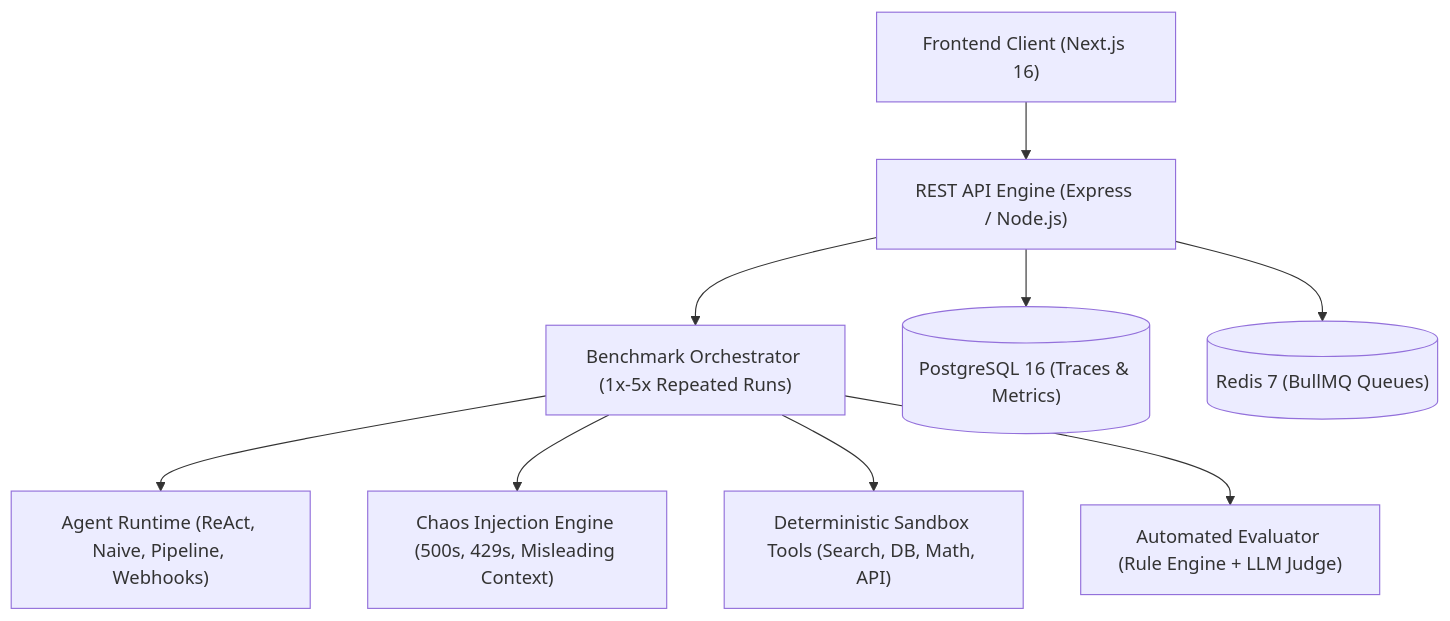
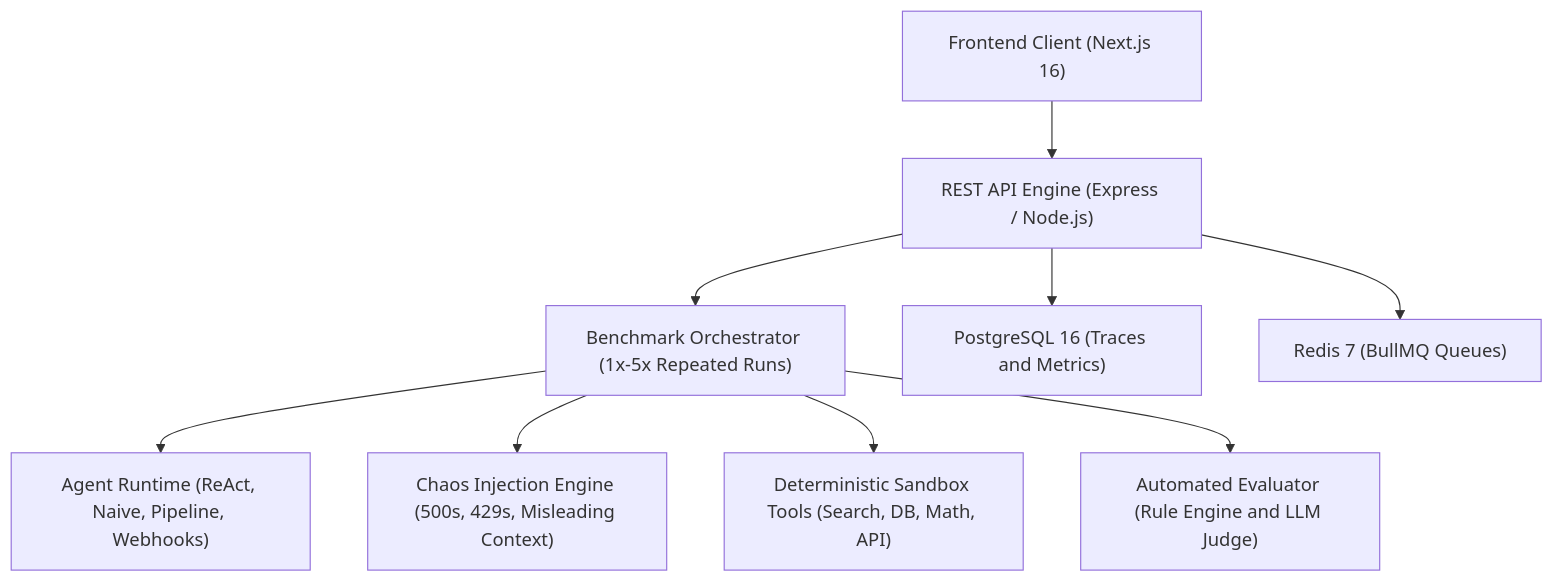
Before and after one commit to Ankit-cs/melq: the diagram in README.md, drawn with Mermaid. The commit also changed 8 other files, not shown here.

Commit message:
feat: complete multi-device responsiveness, animations, and fix README architecture diagram

````diff
--- a/README.md
+++ b/README.md
@@ -72,12 +72,12 @@
 ```mermaid
 graph TD
     UI["Frontend Client (Next.js 16)"] --> API["REST API Engine (Express / Node.js)"]
     API --> RUNNER["Benchmark Orchestrator (1x-5x Repeated Runs)"]
-    API --> DB[("PostgreSQL 16 (Traces & Metrics)")]
-    API --> QUEUE[("Redis 7 (BullMQ Queues)")]
+    API --> DB["PostgreSQL 16 (Traces and Metrics)"]
+    API --> QUEUE["Redis 7 (BullMQ Queues)"]
 
     RUNNER --> AGENTS["Agent Runtime (ReAct, Naive, Pipeline, Webhooks)"]
     RUNNER --> CHAOS["Chaos Injection Engine (500s, 429s, Misleading Context)"]
     RUNNER --> TOOLS["Deterministic Sandbox Tools (Search, DB, Math, API)"]
-    RUNNER --> JUDGE["Automated Evaluator (Rule Engine + LLM Judge)"]
+    RUNNER --> JUDGE["Automated Evaluator (Rule Engine and LLM Judge)"]
 ```
````
